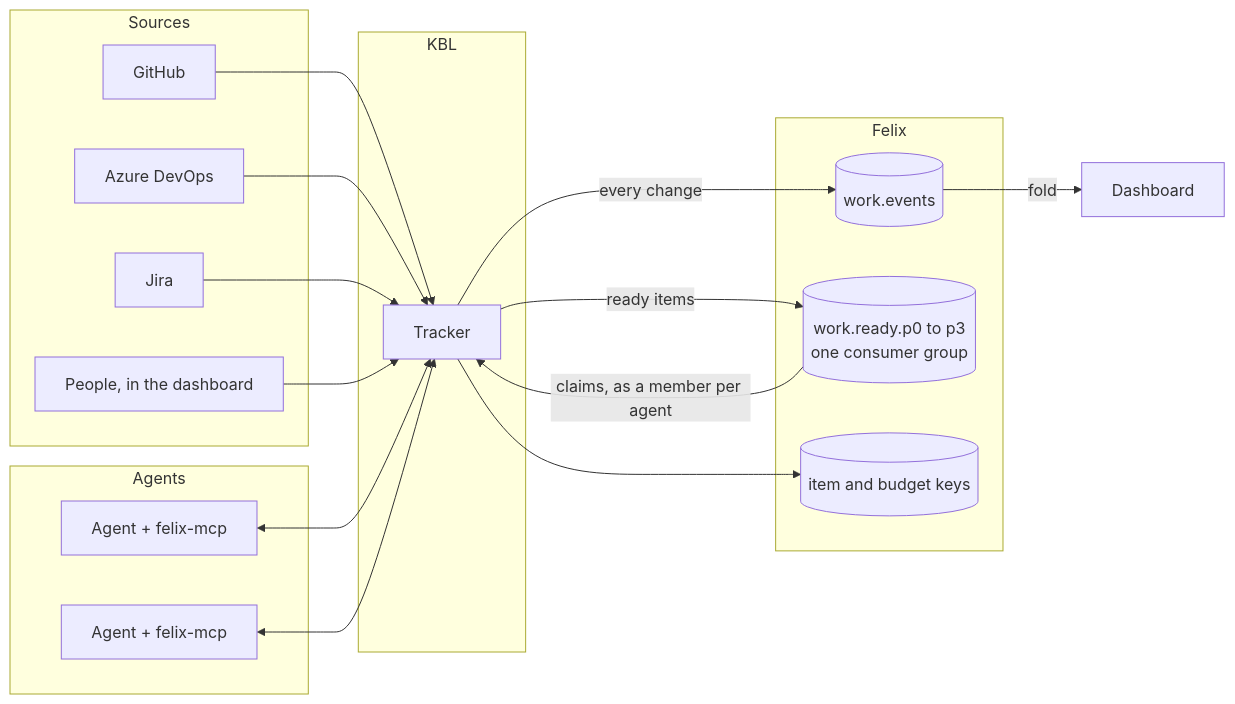
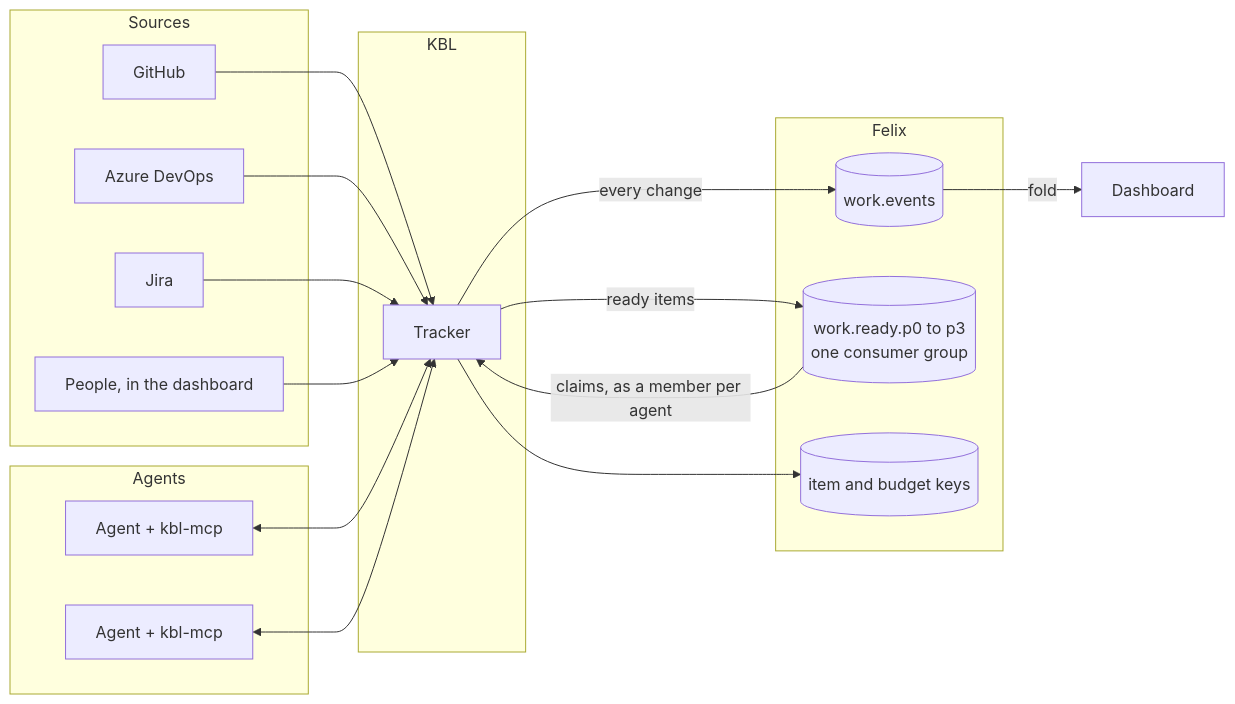
The first of 3 diagrams in docs/work-tracker.md (GetFelix/KBL), drawn with Mermaid before and after one commit. The commit also changed other lines of this file and 81 other files, not shown here.

````diff
--- a/docs/work-tracker.md
+++ b/docs/work-tracker.md
@@ -70,33 +70,33 @@
 ```mermaid
 flowchart LR
     subgraph Sources
         GH[GitHub]
         ADO[Azure DevOps]
         JIRA[Jira]
         P[People, in the dashboard]
     end
     subgraph Agents
-        A1[Agent + felix-mcp]
-        A2[Agent + felix-mcp]
+        A1[Agent + kbl-mcp]
+        A2[Agent + kbl-mcp]
     end
     subgraph KBL
         T[Tracker]
     end
     subgraph Felix
         WE[(work.events)]
         RD[(work.ready.p0 to p3<br/>one consumer group)]
         KV[(item and budget keys)]
     end
     D[Dashboard]
     GH --> T
     ADO --> T
     JIRA --> T
     P --> T
     A1 <--> T
     A2 <--> T
     T -- every change --> WE
     T -- ready items --> RD
     RD -- claims, as a member per agent --> T
     T --> KV
     WE -- fold --> D
 ```
````
